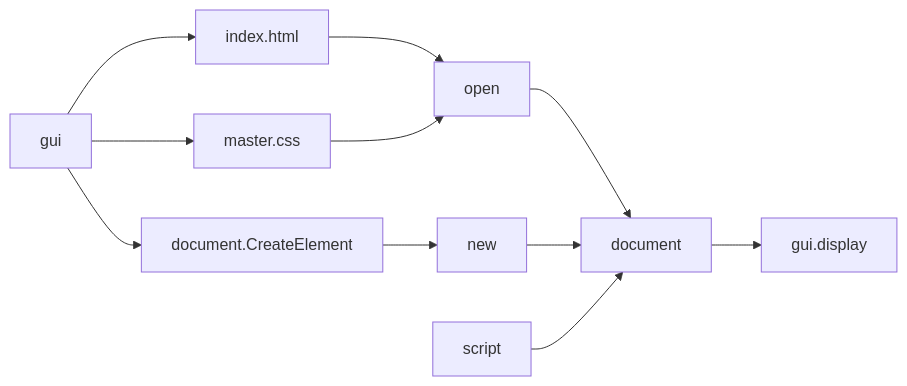
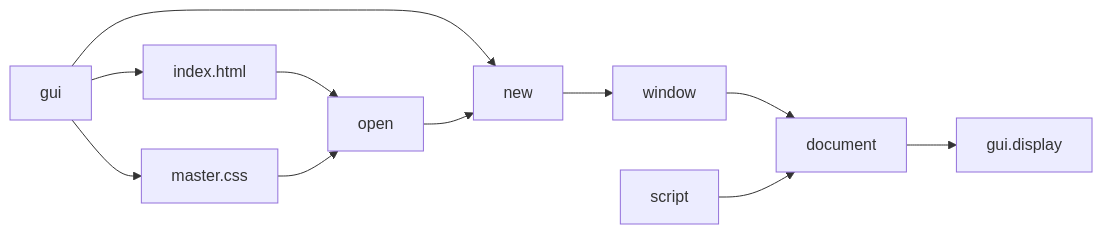
One commit to lakefox/gui changed the diagram in document/doc.md. Above: the diagram before and after it, drawn with Mermaid. The commit also changed 14 other files, not shown here.

````diff
--- a/document/doc.md
+++ b/document/doc.md
@@ -5,13 +5,13 @@
 ```mermaid
     flowchart LR;
         index.html-->open
         master.css-->open
         gui-->index.html;
         gui-->master.css;
-        gui-->document.CreateElement;
-        document.CreateElement-->new;
-        open-->document;
-        new-->document;
+        gui-->new;
+        open-->new;
+        new-->window;
+        window-->document;
         document-->gui.display;
         script-->document;
 ```
````
